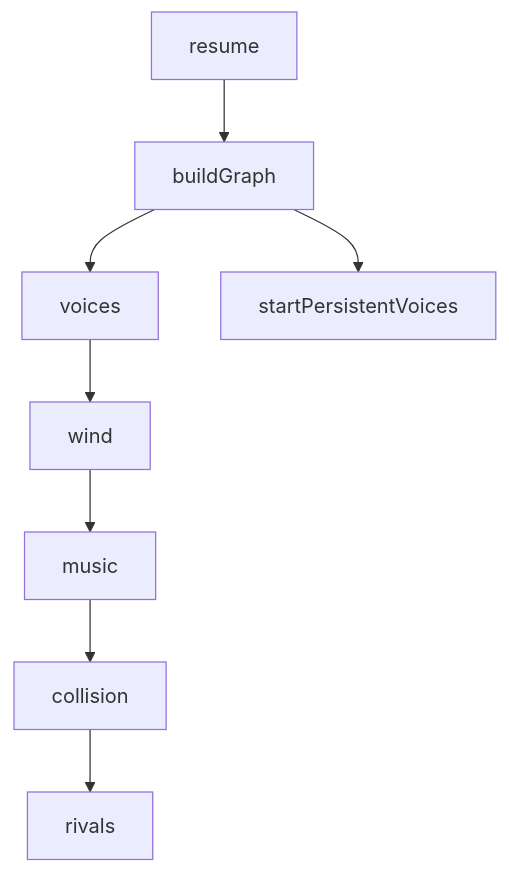
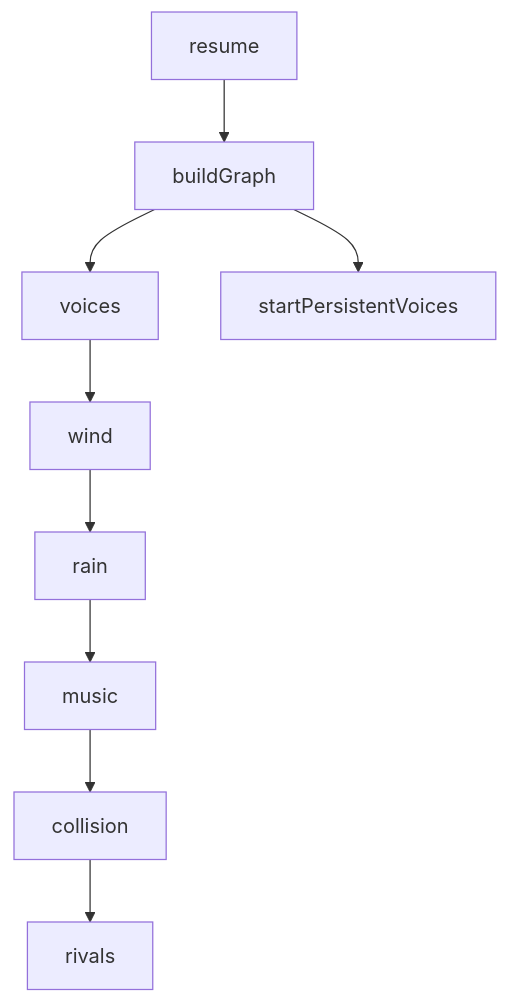
One commit to jjgroenendijk/cart-game changed the diagram in docs/knowledge/audio/audio-graph.md. Above: the diagram before and after it, drawn with Mermaid. The commit also changed other lines of this file and 56 other files, not shown here.

````diff
--- a/docs/knowledge/audio/audio-graph.md
+++ b/docs/knowledge/audio/audio-graph.md
@@ -20,10 +20,11 @@
 ```mermaid
 flowchart TD
   resume[resume] --> buildGraph[buildGraph]
   buildGraph --> voices[voices]
   voices --> wind[wind]
-  wind --> music[music]
+  wind --> rain[rain]
+  rain --> music[music]
   music --> collision[collision]
   collision --> rivals[rivals]
   buildGraph --> startPV[startPersistentVoices]
 ```
````
